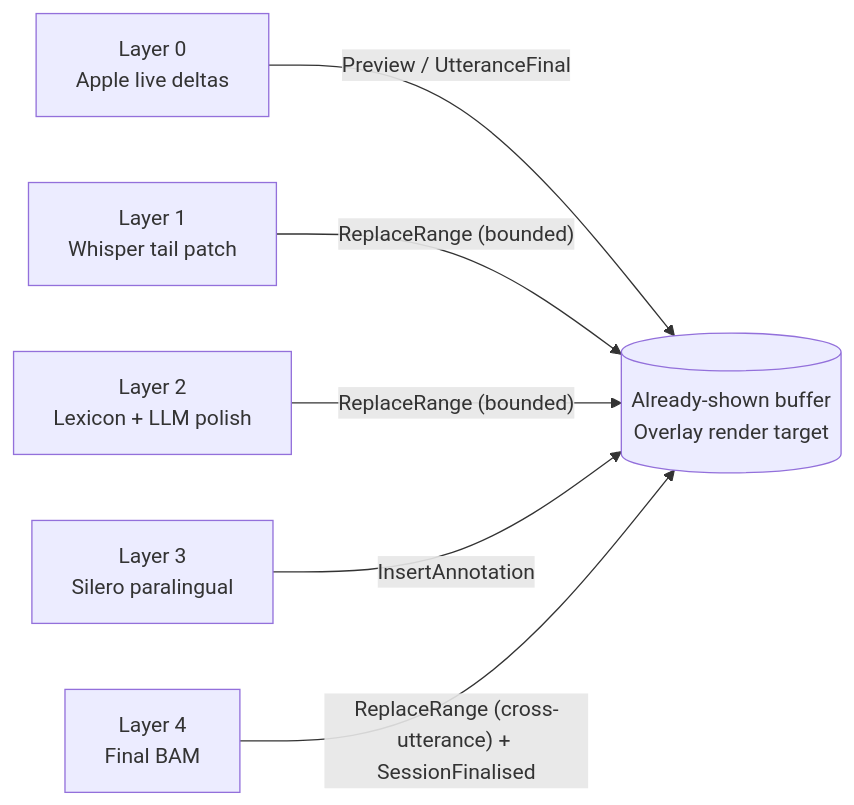
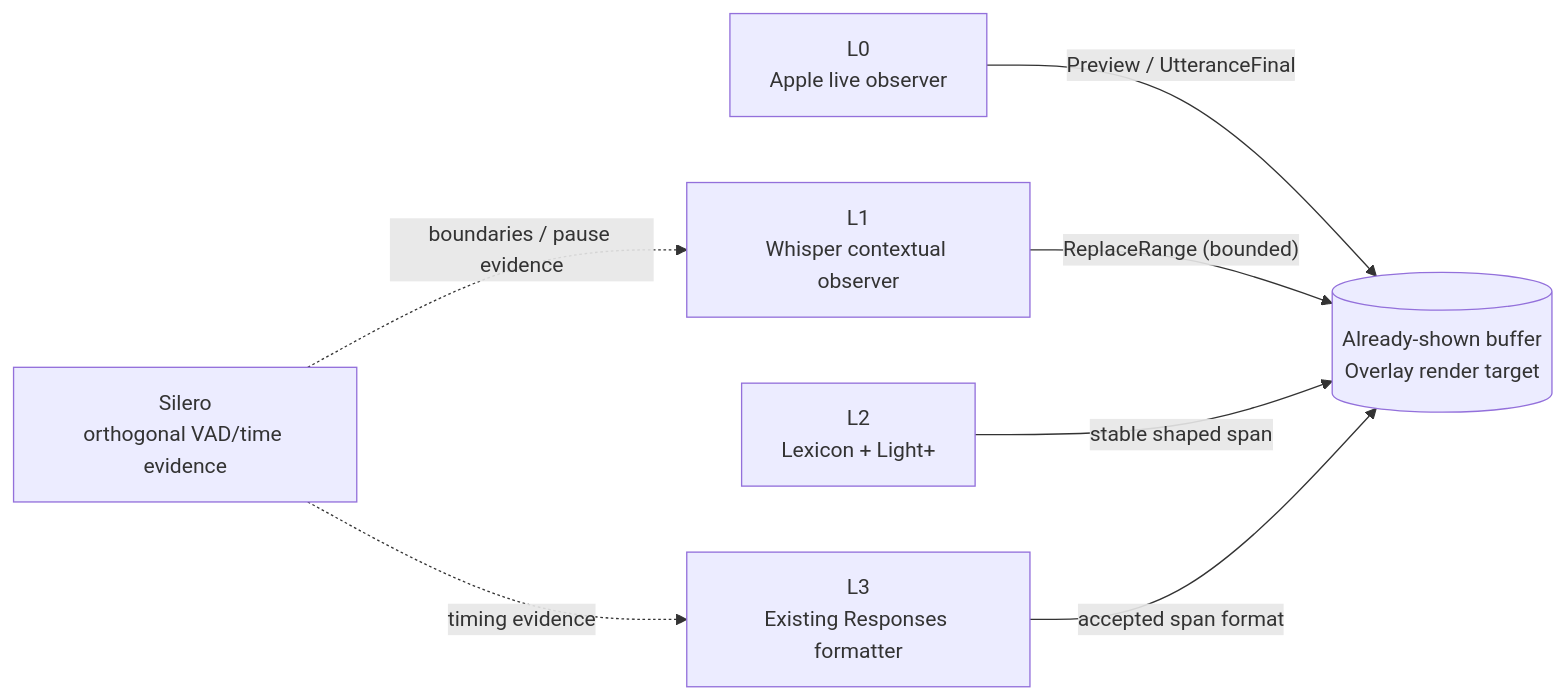
The first of 2 diagrams in docs/OVERLAY_STREAMING.md (vetcoders/codescribe), drawn with Mermaid before and after one commit. The commit also changed other lines of this file and 7 other files, not shown here.

````diff
--- a/docs/OVERLAY_STREAMING.md
+++ b/docs/OVERLAY_STREAMING.md
@@ -35,15 +42,16 @@
 ```mermaid
 flowchart LR
-    L0[Layer 0<br/>Apple live deltas]
-    L1[Layer 1<br/>Whisper tail patch]
-    L2[Layer 2<br/>Lexicon + LLM polish]
-    L3[Layer 3<br/>Silero paralingual]
-    L4[Layer 4<br/>Final BAM]
+    L0[L0<br/>Apple live observer]
+    L1[L1<br/>Whisper contextual observer]
+    L2[L2<br/>Lexicon + Light+]
+    L3[L3<br/>Existing Responses formatter]
+    SILERO[Silero<br/>orthogonal VAD/time evidence]
     BUF[(Already-shown buffer<br/>Overlay render target)]
 
     L0 -- Preview / UtteranceFinal --> BUF
     L1 -- ReplaceRange (bounded) --> BUF
-    L2 -- ReplaceRange (bounded) --> BUF
-    L3 -- InsertAnnotation --> BUF
-    L4 -- ReplaceRange (cross-utterance) + SessionFinalised --> BUF
+    L2 -- stable shaped span --> BUF
+    L3 -- accepted span format --> BUF
+    SILERO -. boundaries / pause evidence .-> L1
+    SILERO -. timing evidence .-> L3
 ```
````
